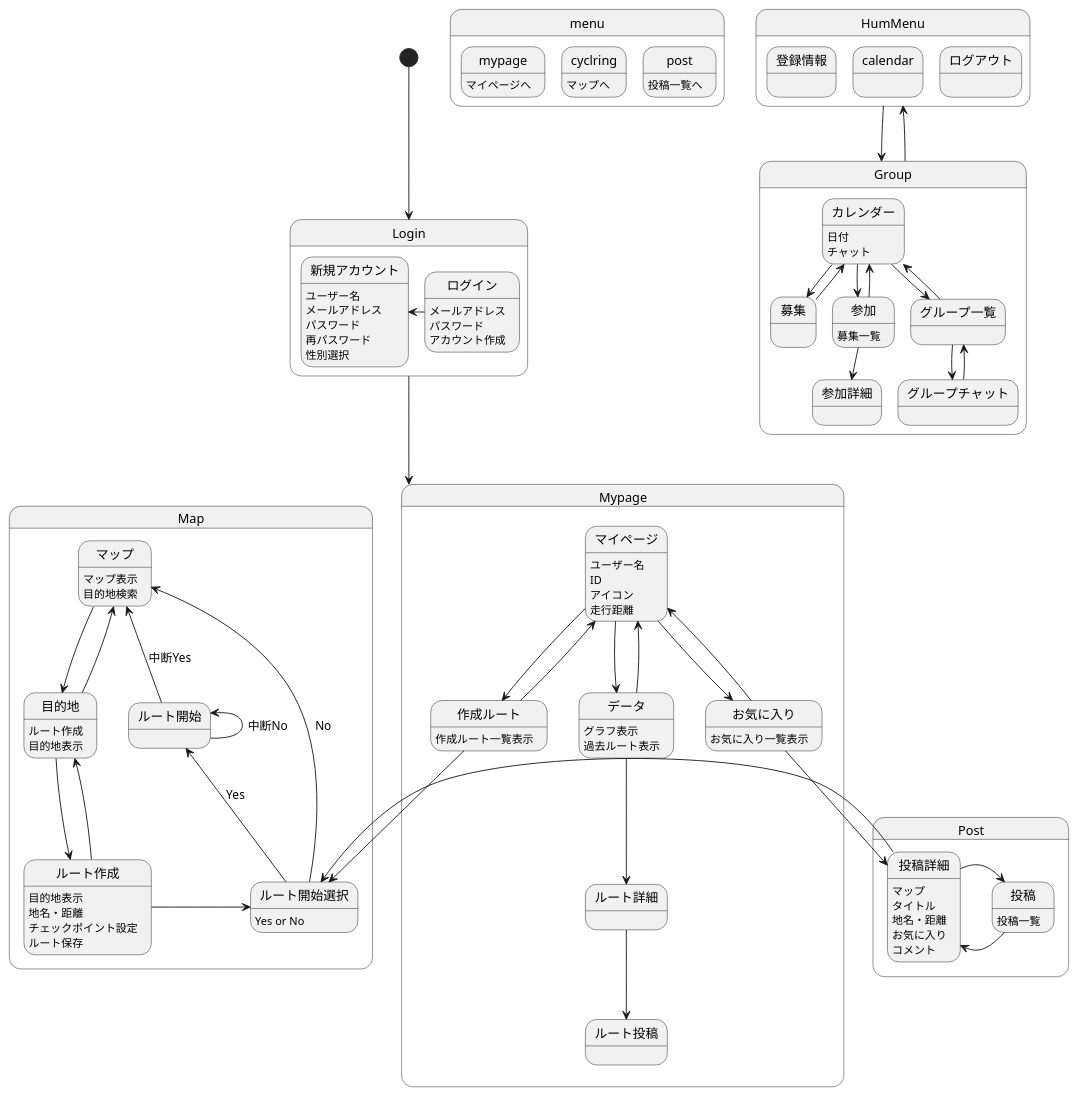
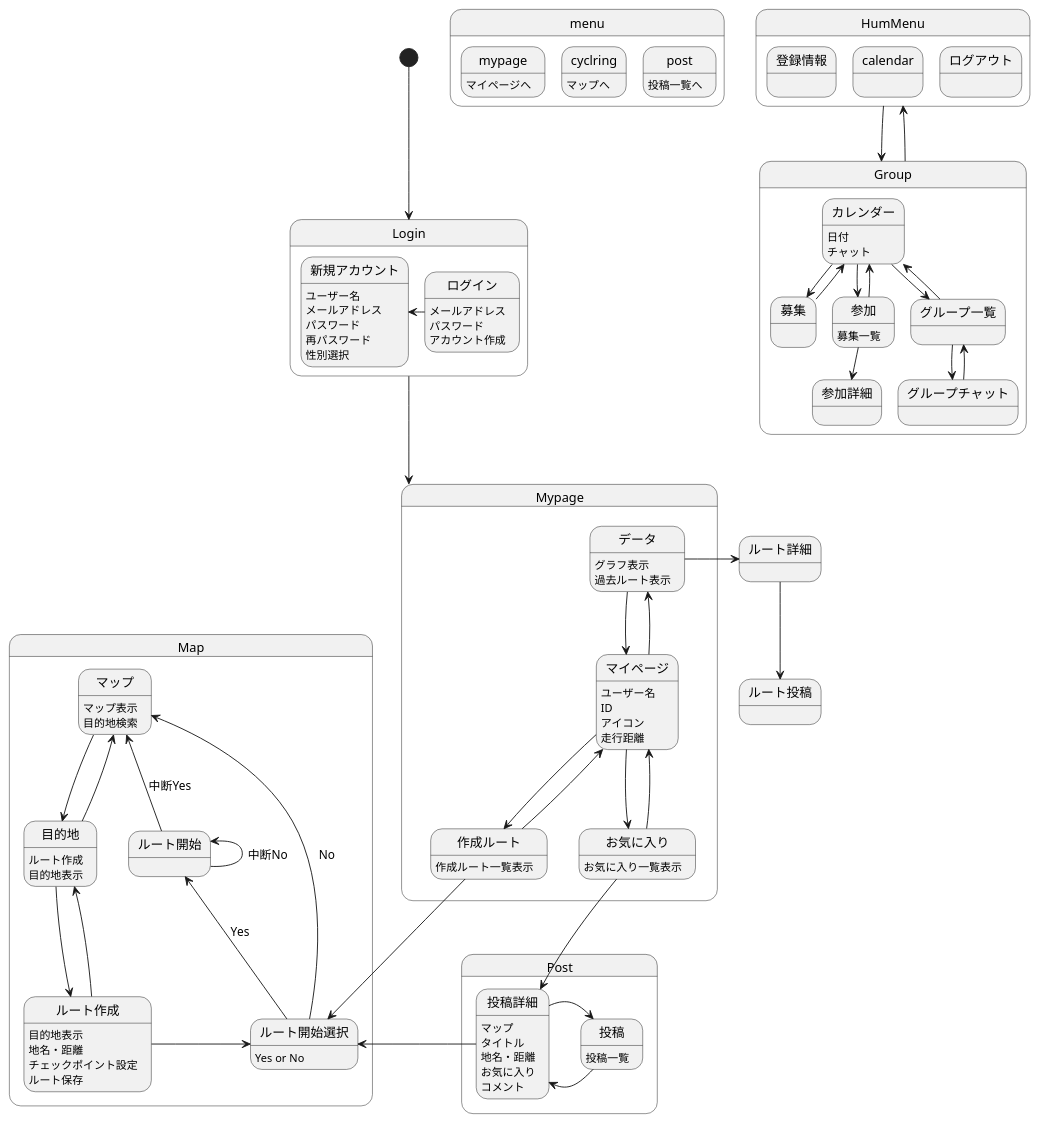
The diagram in 画面遷移図/gm.md (AsoSD3A3/CyclingSystem), drawn with PlantUML before and after one commit.

```diff
--- a/画面遷移図/gm.md
+++ b/画面遷移図/gm.md
@@ -60,13 +60,13 @@
 作成ルート-->マイページ
 マイページ-down->データ
 データ-->マイページ
-データ-down->ルート詳細
-ルート詳細-down->ルート投稿
 お気に入り:お気に入り一覧表示
 データ:グラフ表示
 データ:過去ルート表示
 作成ルート:作成ルート一覧表示
 }
+データ-right->ルート詳細
+ルート詳細-down->ルート投稿
 
 state Map{
 
```
